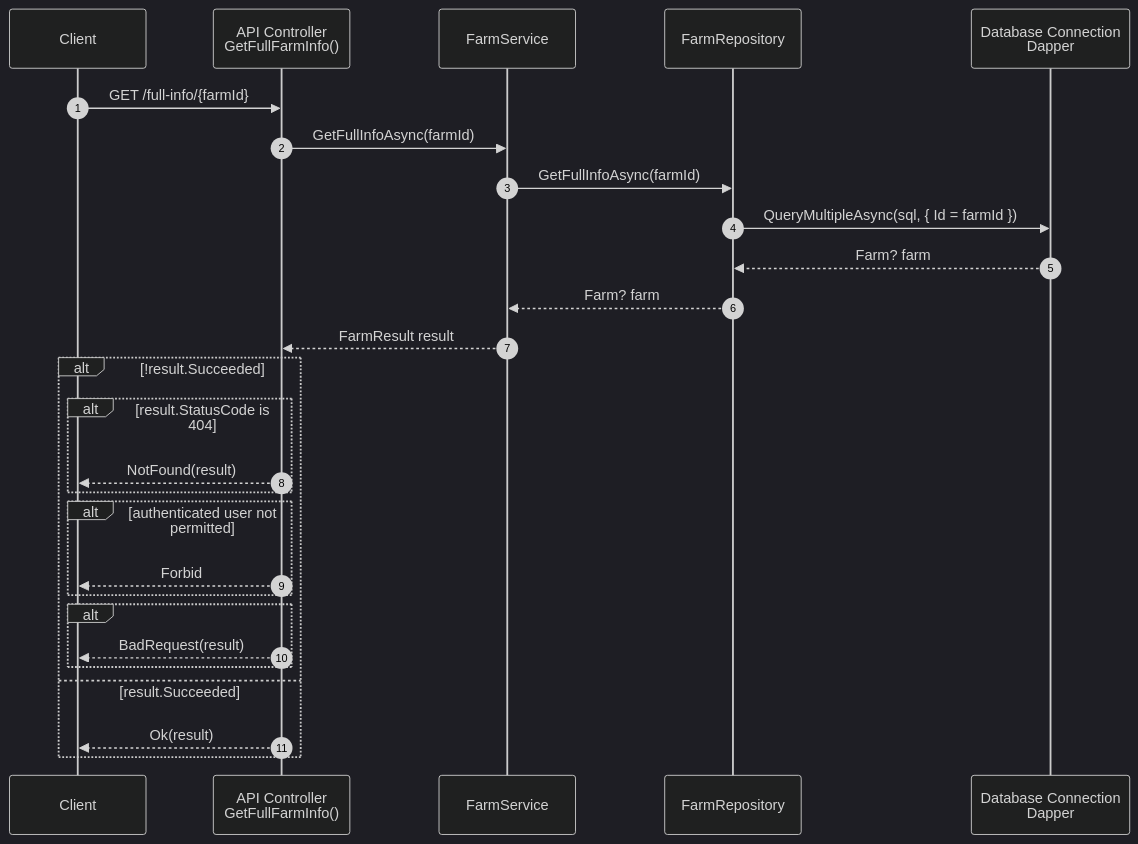
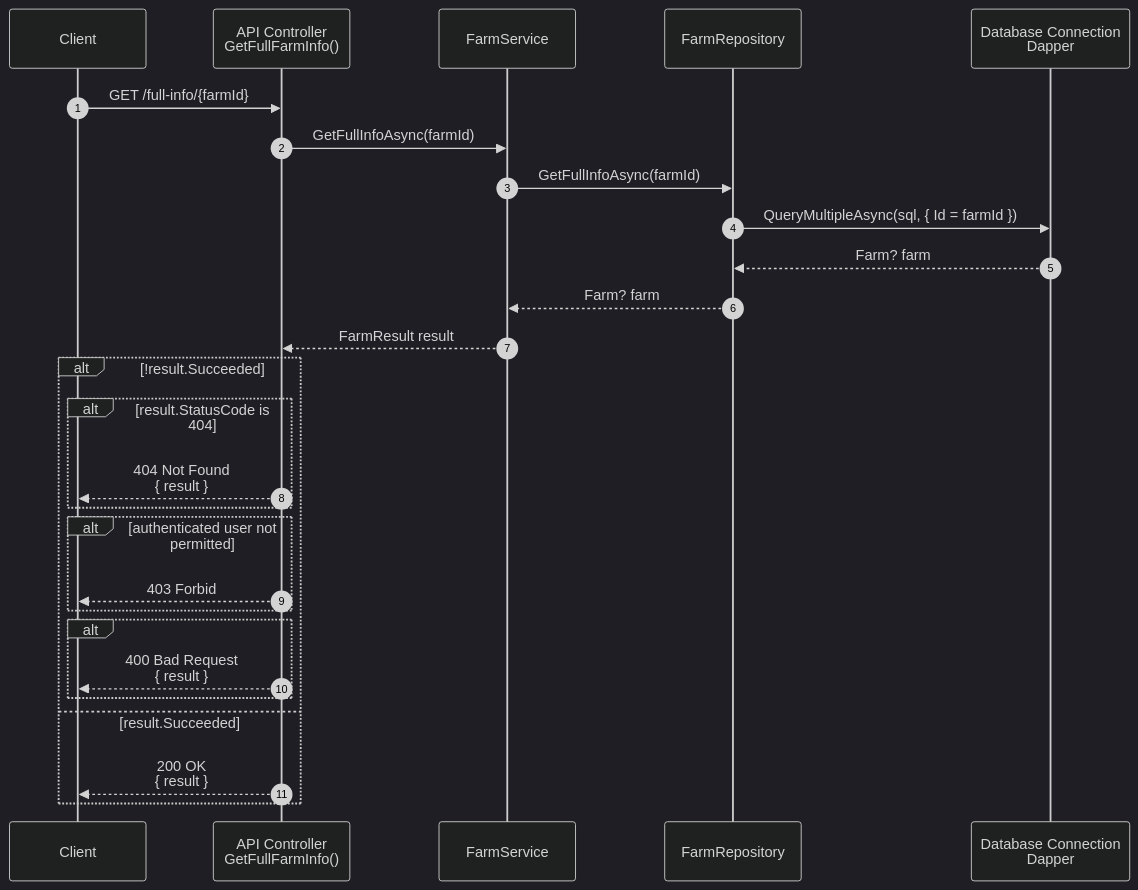
The fourth of 9 diagrams in README.md (paavkar/AgricultureApp), drawn with Mermaid (dark theme) before and after one commit. The commit also changed other lines of this file, not shown here.

Commit message:
update README with more detailed diagram API->Client returns

````diff
--- a/README.md
+++ b/README.md
@@ -172,31 +172,31 @@
 ```mermaid
 sequenceDiagram
     autonumber
 
     participant U as Client
     participant API as API Controller<br/>GetFullFarmInfo()
     participant FS as FarmService
     participant FR as FarmRepository
     participant Dapper as Database Connection<br/>Dapper
 
     U->>API: GET /full-info/{farmId}
     API->>FS: GetFullInfoAsync(farmId)
     FS->>FR: GetFullInfoAsync(farmId)
     FR->>Dapper: QueryMultipleAsync(sql, { Id = farmId })
     Dapper-->>FR: Farm? farm
     FR-->>FS: Farm? farm
     FS-->>API: FarmResult result
     alt !result.Succeeded
       alt result.StatusCode is 404
-        API-->>U: NotFound(result)
+        API-->>U: 404 Not Found<br/> { result }
       end
       alt authenticated user not permitted
-        API-->>U: Forbid
+        API-->>U: 403 Forbid
       end
       alt 
-        API-->>U: BadRequest(result)
+        API-->>U: 400 Bad Request<br/> { result }
       end
     else result.Succeeded
-      API-->>U: Ok(result)
+      API-->>U: 200 OK<br/> { result }
     end
 ```
````
